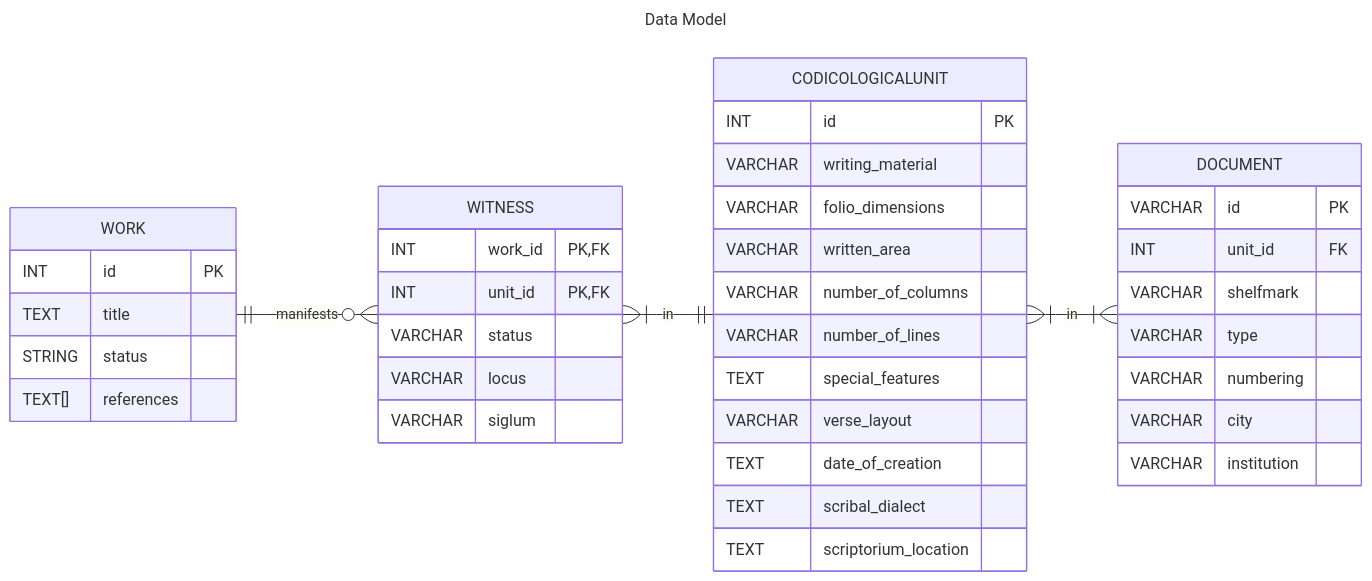
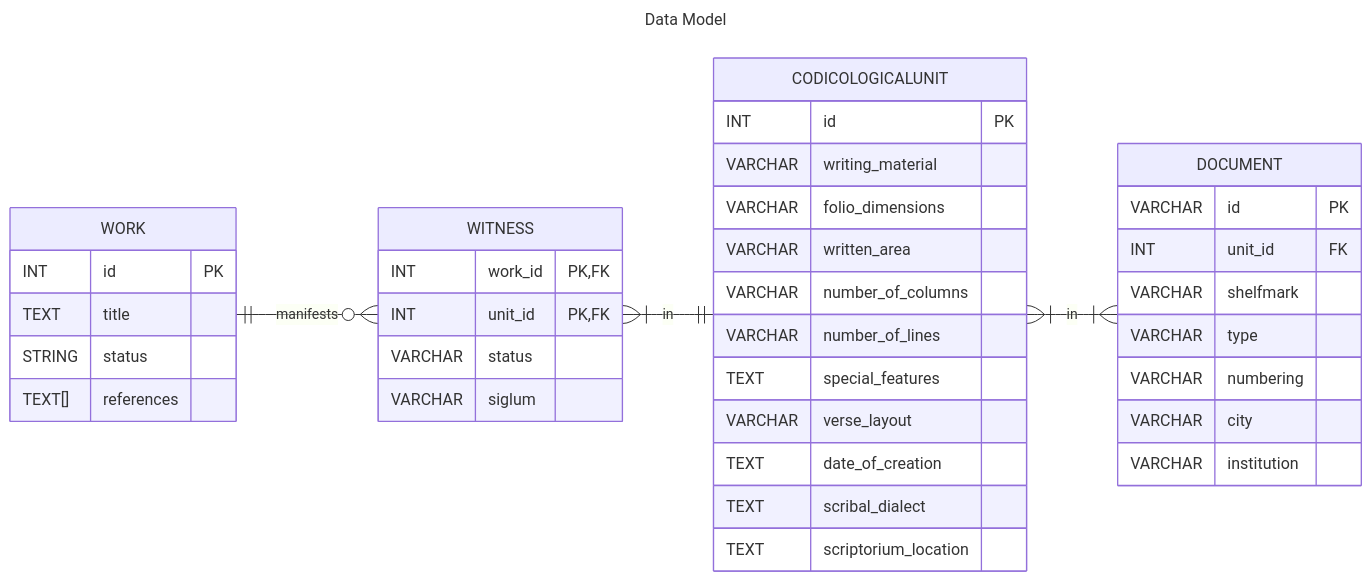
The diagram in README.md (LostMa-ERC/hc-scraper), drawn with Mermaid before and after one commit.

Commit message:
remove locus

````diff
--- a/README.md
+++ b/README.md
@@ -15,49 +15,48 @@
 ```mermaid
 ---
 title: Data Model
 ---
 erDiagram
     direction LR
     WORK ||--o{ WITNESS : manifests
     WITNESS }|--|| CODICOLOGICALUNIT : in
     CODICOLOGICALUNIT }|--|{ DOCUMENT : in
 
     WORK{
         INT id PK
         TEXT title
         STRING status
         TEXT[] references
     }
 
     WITNESS {
         INT work_id PK, FK
         INT unit_id PK, FK
         VARCHAR status
-        VARCHAR locus
         VARCHAR siglum
     }
 
     CODICOLOGICALUNIT {
         INT id PK
         VARCHAR writing_material
         VARCHAR folio_dimensions
         VARCHAR written_area
         VARCHAR number_of_columns
         VARCHAR number_of_lines
         TEXT special_features
         VARCHAR verse_layout
         TEXT date_of_creation
         TEXT scribal_dialect
         TEXT scriptorium_location
     }
 
     DOCUMENT {
         VARCHAR id PK
         INT unit_id FK
         VARCHAR shelfmark
         VARCHAR type
         VARCHAR numbering
         VARCHAR city
         VARCHAR institution
     }
 ```
````
